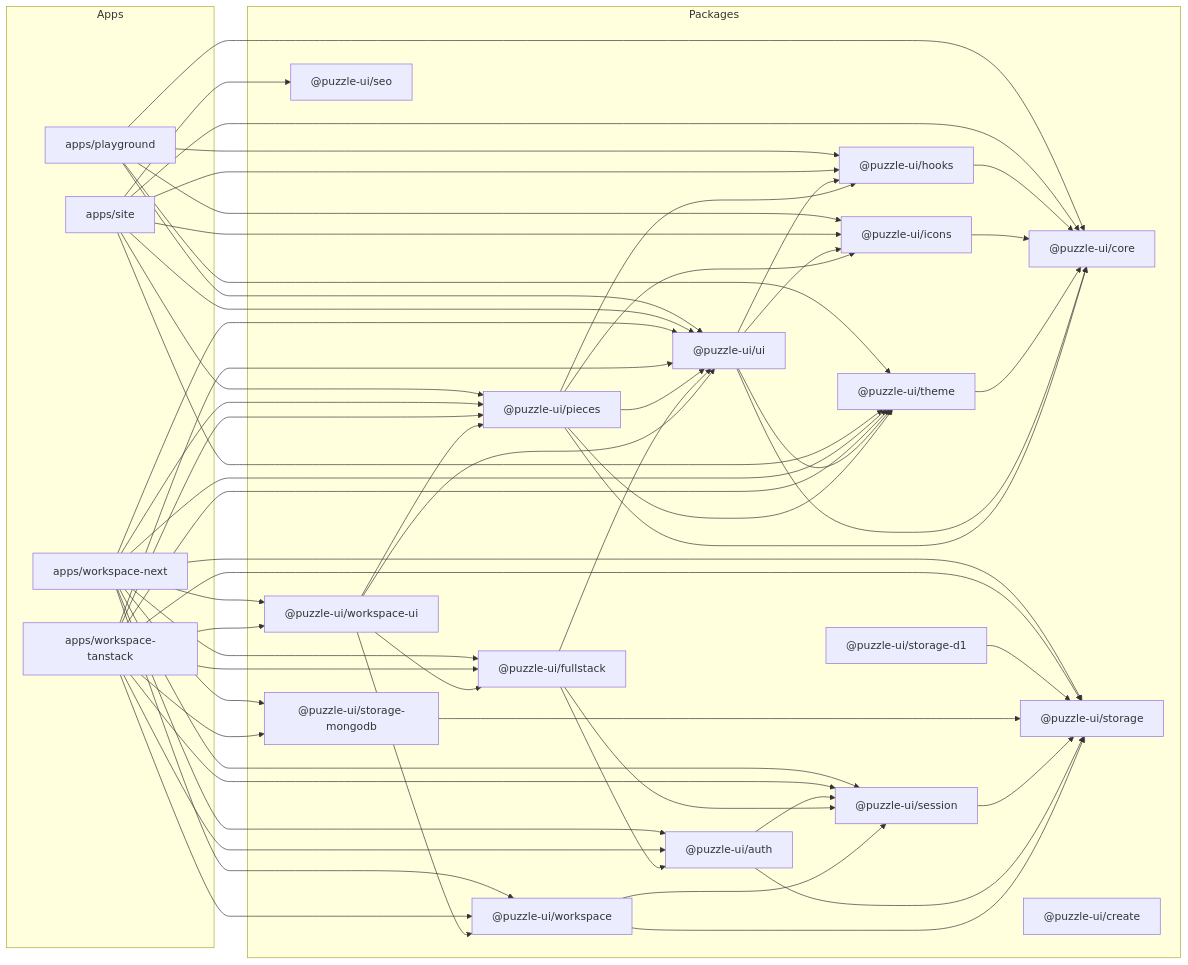
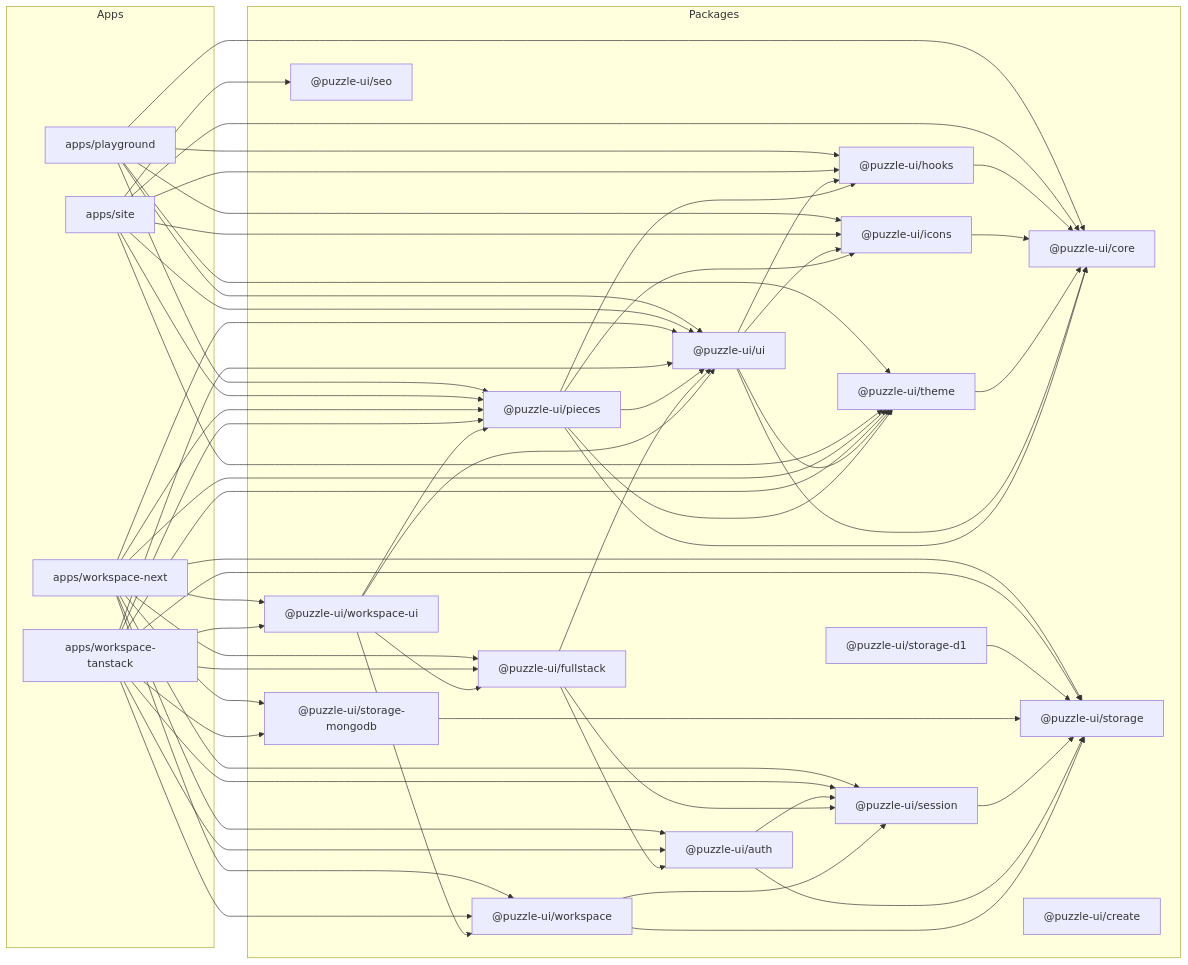
One commit to senorprogramador/puzzle changed the diagram in docs/ai/architecture/overview.md. Above: the diagram before and after it, drawn with Mermaid. The commit also changed other lines of this file and 24 other files, not shown here.

```diff
--- a/docs/ai/architecture/overview.md
+++ b/docs/ai/architecture/overview.md
@@ -56,6 +56,7 @@
   playground --> core
   playground --> hooks
   playground --> icons
+  playground --> pieces
   playground --> theme
   playground --> ui
 
```
